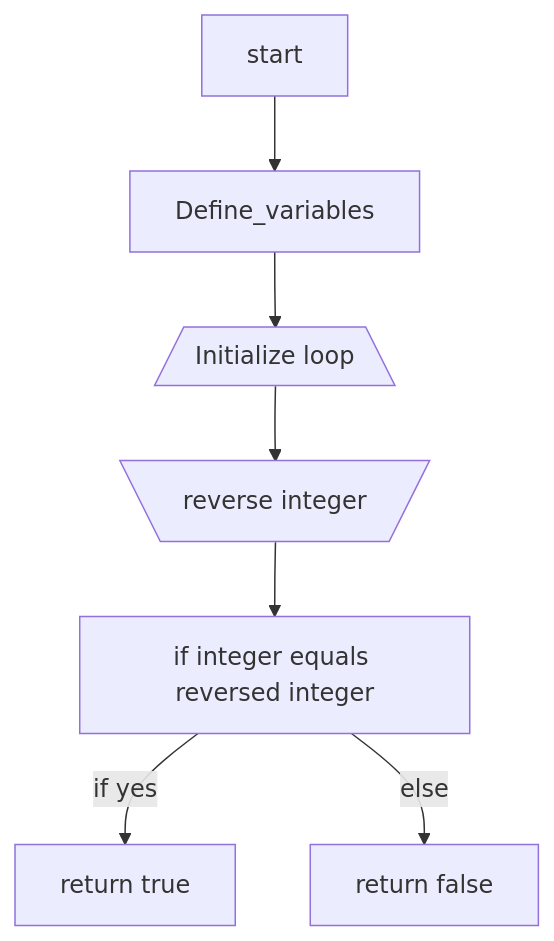
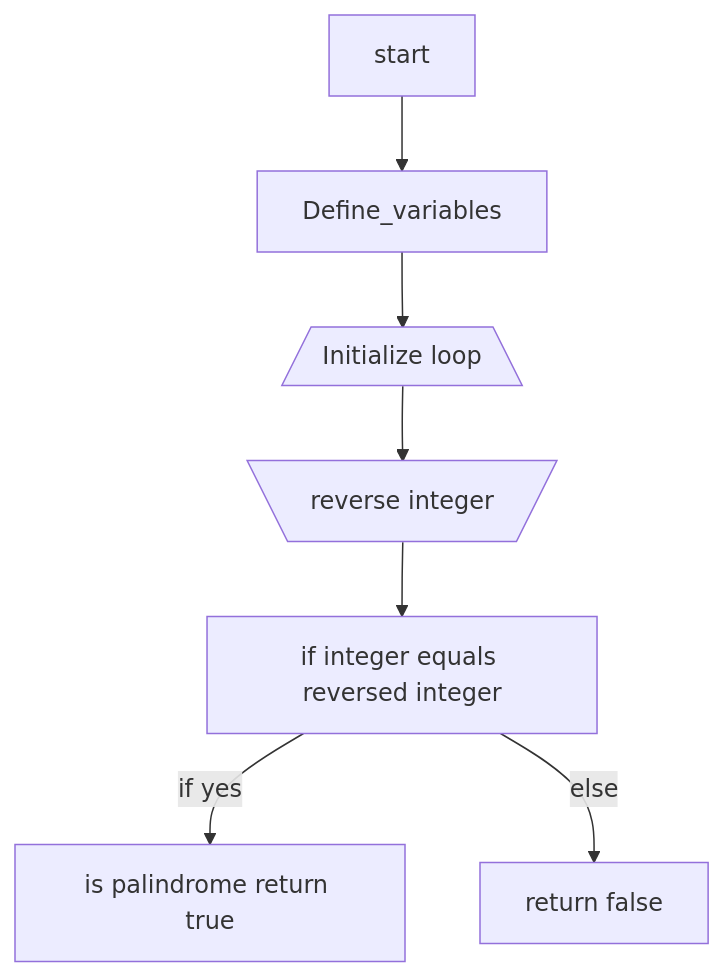
Before and after one commit to gillesjudo/leetcode: the diagram in palindromeEZ/Palindrome.md, drawn with Mermaid.

Commit message:
palindrome need review, minor edit

````diff
--- a/palindromeEZ/Palindrome.md
+++ b/palindromeEZ/Palindrome.md
@@ -42,9 +42,9 @@
 ```mermaid
 flowchart TD
 start --> Define_variables
 Define_variables --> loop[/Initialize loop\]
 loop --> rev[\reverse integer/]
 rev --> con[if integer equals reversed integer]
-con --if yes--> true[return true]
+con --if yes--> true[is palindrome return true]
 con --else--> false[return false]
 ```
````
